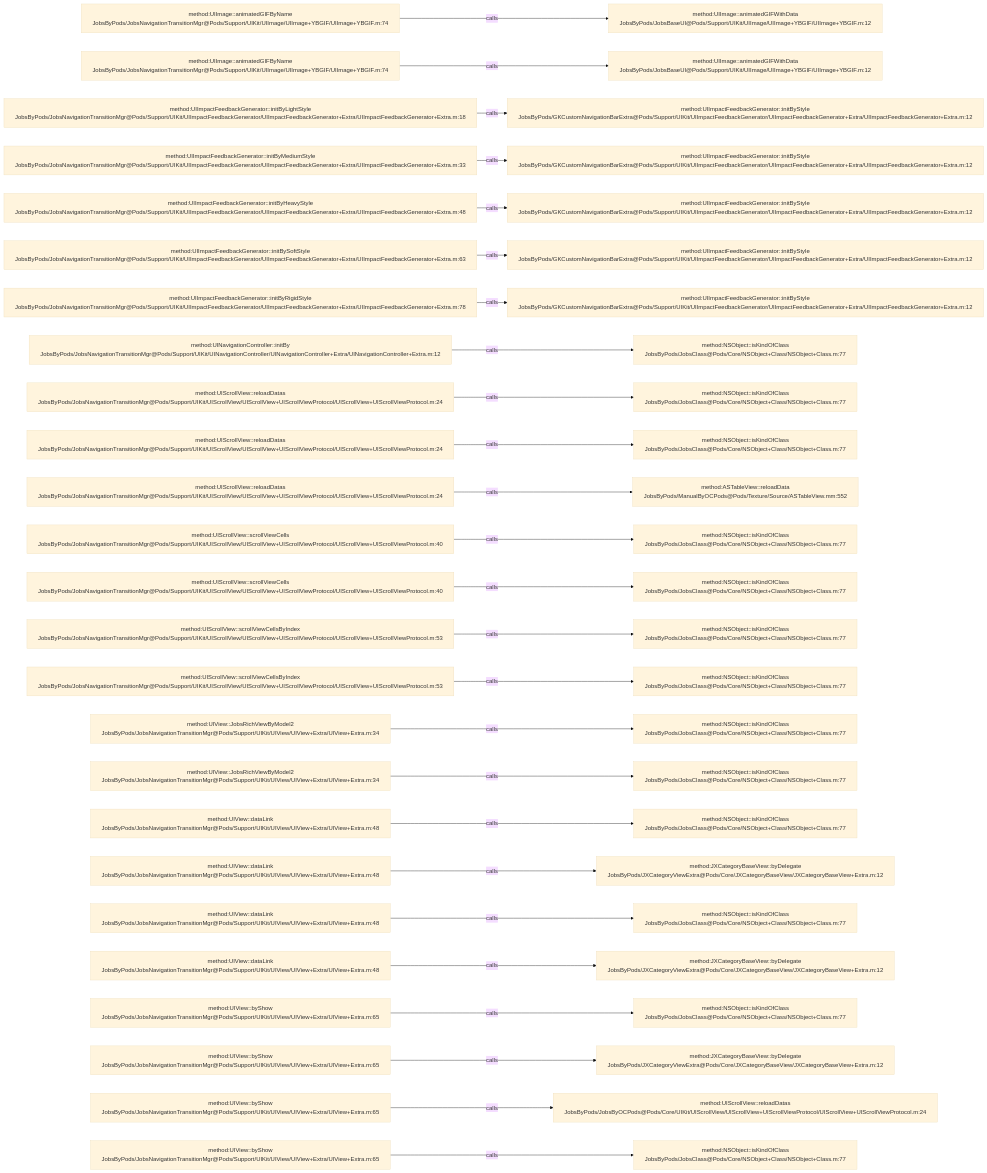
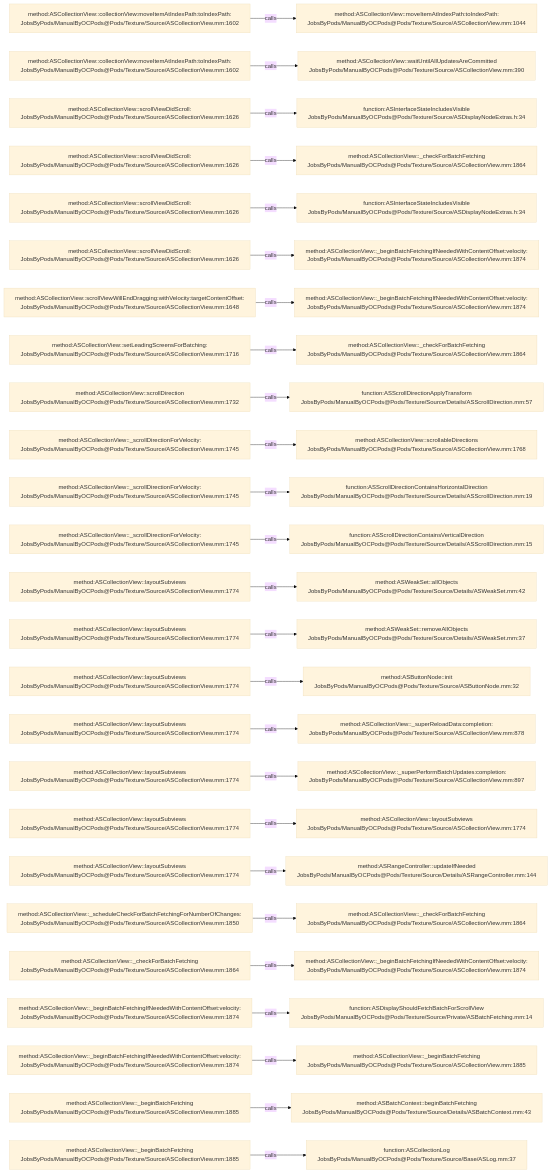
Before and after one commit to JobsKits/JobsOCBaseConfigDemo: the diagram in .codegraph/codegraph.md/graphs/calls-090.md, drawn with Mermaid (base theme). The commit also changed 2162 other files, not shown here.

````diff
--- a/.codegraph/codegraph.md/graphs/calls-090.md
+++ b/.codegraph/codegraph.md/graphs/calls-090.md
@@ -13,78 +13,78 @@
 ```mermaid
 flowchart LR
-  S1["method:UIImage::animatedGIFByName<br/>JobsByPods/JobsNavigationTransitionMgr@Pods/Support/UIKit/UIImage/UIImage+YBGIF/UIImage+YBGIF.m:74"]
-  T1["method:UIImage::animatedGIFWithData<br/>JobsByPods/JobsBaseUI@Pods/Support/UIKit/UIImage/UIImage+YBGIF/UIImage+YBGIF.m:12"]
+  S1["method:ASCollectionView::collectionView:moveItemAtIndexPath:toIndexPath:<br/>JobsByPods/ManualByOCPods@Pods/Texture/Source/ASCollectionView.mm:1602"]
+  T1["method:ASCollectionView::moveItemAtIndexPath:toIndexPath:<br/>JobsByPods/ManualByOCPods@Pods/Texture/Source/ASCollectionView.mm:1044"]
   S1 -->|calls| T1
-  S2["method:UIImage::animatedGIFByName<br/>JobsByPods/JobsNavigationTransitionMgr@Pods/Support/UIKit/UIImage/UIImage+YBGIF/UIImage+YBGIF.m:74"]
-  T2["method:UIImage::animatedGIFWithData<br/>JobsByPods/JobsBaseUI@Pods/Support/UIKit/UIImage/UIImage+YBGIF/UIImage+YBGIF.m:12"]
+  S2["method:ASCollectionView::collectionView:moveItemAtIndexPath:toIndexPath:<br/>JobsByPods/ManualByOCPods@Pods/Texture/Source/ASCollectionView.mm:1602"]
+  T2["method:ASCollectionView::waitUntilAllUpdatesAreCommitted<br/>JobsByPods/ManualByOCPods@Pods/Texture/Source/ASCollectionView.mm:390"]
   S2 -->|calls| T2
-  S3["method:UIImpactFeedbackGenerator::initByLightStyle<br/>JobsByPods/JobsNavigationTransitionMgr@Pods/Support/UIKit/UIImpactFeedbackGenerator/UIImpactFeedbackGenerator+Extra/UIImpactFeedbackGenerator+Extra.m:18"]
-  T3["method:UIImpactFeedbackGenerator::initByStyle<br/>JobsByPods/GKCustomNavigationBarExtra@Pods/Support/UIKit/UIImpactFeedbackGenerator/UIImpactFeedbackGenerator+Extra/UIImpactFeedbackGenerator+Extra.m:12"]
+  S3["method:ASCollectionView::scrollViewDidScroll:<br/>JobsByPods/ManualByOCPods@Pods/Texture/Source/ASCollectionView.mm:1626"]
+  T3["function:ASInterfaceStateIncludesVisible<br/>JobsByPods/ManualByOCPods@Pods/Texture/Source/ASDisplayNodeExtras.h:34"]
   S3 -->|calls| T3
-  S4["method:UIImpactFeedbackGenerator::initByMediumStyle<br/>JobsByPods/JobsNavigationTransitionMgr@Pods/Support/UIKit/UIImpactFeedbackGenerator/UIImpactFeedbackGenerator+Extra/UIImpactFeedbackGenerator+Extra.m:33"]
-  T4["method:UIImpactFeedbackGenerator::initByStyle<br/>JobsByPods/GKCustomNavigationBarExtra@Pods/Support/UIKit/UIImpactFeedbackGenerator/UIImpactFeedbackGenerator+Extra/UIImpactFeedbackGenerator+Extra.m:12"]
+  S4["method:ASCollectionView::scrollViewDidScroll:<br/>JobsByPods/ManualByOCPods@Pods/Texture/Source/ASCollectionView.mm:1626"]
+  T4["method:ASCollectionView::_checkForBatchFetching<br/>JobsByPods/ManualByOCPods@Pods/Texture/Source/ASCollectionView.mm:1864"]
   S4 -->|calls| T4
-  S5["method:UIImpactFeedbackGenerator::initByHeavyStyle<br/>JobsByPods/JobsNavigationTransitionMgr@Pods/Support/UIKit/UIImpactFeedbackGenerator/UIImpactFeedbackGenerator+Extra/UIImpactFeedbackGenerator+Extra.m:48"]
-  T5["method:UIImpactFeedbackGenerator::initByStyle<br/>JobsByPods/GKCustomNavigationBarExtra@Pods/Support/UIKit/UIImpactFeedbackGenerator/UIImpactFeedbackGenerator+Extra/UIImpactFeedbackGenerator+Extra.m:12"]
+  S5["method:ASCollectionView::scrollViewDidScroll:<br/>JobsByPods/ManualByOCPods@Pods/Texture/Source/ASCollectionView.mm:1626"]
+  T5["function:ASInterfaceStateIncludesVisible<br/>JobsByPods/ManualByOCPods@Pods/Texture/Source/ASDisplayNodeExtras.h:34"]
   S5 -->|calls| T5
-  S6["method:UIImpactFeedbackGenerator::initBySoftStyle<br/>JobsByPods/JobsNavigationTransitionMgr@Pods/Support/UIKit/UIImpactFeedbackGenerator/UIImpactFeedbackGenerator+Extra/UIImpactFeedbackGenerator+Extra.m:63"]
-  T6["method:UIImpactFeedbackGenerator::initByStyle<br/>JobsByPods/GKCustomNavigationBarExtra@Pods/Support/UIKit/UIImpactFeedbackGenerator/UIImpactFeedbackGenerator+Extra/UIImpactFeedbackGenerator+Extra.m:12"]
+  S6["method:ASCollectionView::scrollViewDidScroll:<br/>JobsByPods/ManualByOCPods@Pods/Texture/Source/ASCollectionView.mm:1626"]
+  T6["method:ASCollectionView::_beginBatchFetchingIfNeededWithContentOffset:velocity:<br/>JobsByPods/ManualByOCPods@Pods/Texture/Source/ASCollectionView.mm:1874"]
   S6 -->|calls| T6
-  S7["method:UIImpactFeedbackGenerator::initByRigidStyle<br/>JobsByPods/JobsNavigationTransitionMgr@Pods/Support/UIKit/UIImpactFeedbackGenerator/UIImpactFeedbackGenerator+Extra/UIImpactFeedbackGenerator+Extra.m:78"]
-  T7["method:UIImpactFeedbackGenerator::initByStyle<br/>JobsByPods/GKCustomNavigationBarExtra@Pods/Support/UIKit/UIImpactFeedbackGenerator/UIImpactFeedbackGenerator+Extra/UIImpactFeedbackGenerator+Extra.m:12"]
+  S7["method:ASCollectionView::scrollViewWillEndDragging:withVelocity:targetContentOffset:<br/>JobsByPods/ManualByOCPods@Pods/Texture/Source/ASCollectionView.mm:1648"]
+  T7["method:ASCollectionView::_beginBatchFetchingIfNeededWithContentOffset:velocity:<br/>JobsByPods/ManualByOCPods@Pods/Texture/Source/ASCollectionView.mm:1874"]
   S7 -->|calls| T7
-  S8["method:UINavigationController::initBy<br/>JobsByPods/JobsNavigationTransitionMgr@Pods/Support/UIKit/UINavigationController/UINavigationController+Extra/UINavigationController+Extra.m:12"]
-  T8["method:NSObject::isKindOfClass<br/>JobsByPods/JobsClass@Pods/Core/NSObject+Class/NSObject+Class.m:77"]
+  S8["method:ASCollectionView::setLeadingScreensForBatching:<br/>JobsByPods/ManualByOCPods@Pods/Texture/Source/ASCollectionView.mm:1716"]
+  T8["method:ASCollectionView::_checkForBatchFetching<br/>JobsByPods/ManualByOCPods@Pods/Texture/Source/ASCollectionView.mm:1864"]
   S8 -->|calls| T8
-  S9["method:UIScrollView::reloadDatas<br/>JobsByPods/JobsNavigationTransitionMgr@Pods/Support/UIKit/UIScrollView/UIScrollView+UIScrollViewProtocol/UIScrollView+UIScrollViewProtocol.m:24"]
-  T9["method:NSObject::isKindOfClass<br/>JobsByPods/JobsClass@Pods/Core/NSObject+Class/NSObject+Class.m:77"]
+  S9["method:ASCollectionView::scrollDirection<br/>JobsByPods/ManualByOCPods@Pods/Texture/Source/ASCollectionView.mm:1732"]
+  T9["function:ASScrollDirectionApplyTransform<br/>JobsByPods/ManualByOCPods@Pods/Texture/Source/Details/ASScrollDirection.mm:57"]
   S9 -->|calls| T9
-  S10["method:UIScrollView::reloadDatas<br/>JobsByPods/JobsNavigationTransitionMgr@Pods/Support/UIKit/UIScrollView/UIScrollView+UIScrollViewProtocol/UIScrollView+UIScrollViewProtocol.m:24"]
-  T10["method:NSObject::isKindOfClass<br/>JobsByPods/JobsClass@Pods/Core/NSObject+Class/NSObject+Class.m:77"]
+  S10["method:ASCollectionView::_scrollDirectionForVelocity:<br/>JobsByPods/ManualByOCPods@Pods/Texture/Source/ASCollectionView.mm:1745"]
+  T10["method:ASCollectionView::scrollableDirections<br/>JobsByPods/ManualByOCPods@Pods/Texture/Source/ASCollectionView.mm:1768"]
   S10 -->|calls| T10
-  S11["method:UIScrollView::reloadDatas<br/>JobsByPods/JobsNavigationTransitionMgr@Pods/Support/UIKit/UIScrollView/UIScrollView+UIScrollViewProtocol/UIScrollView+UIScrollViewProtocol.m:24"]
-  T11["method:ASTableView::reloadData<br/>JobsByPods/ManualByOCPods@Pods/Texture/Source/ASTableView.mm:552"]
+  S11["method:ASCollectionView::_scrollDirectionForVelocity:<br/>JobsByPods/ManualByOCPods@Pods/Texture/Source/ASCollectionView.mm:1745"]
+  T11["function:ASScrollDirectionContainsHorizontalDirection<br/>JobsByPods/ManualByOCPods@Pods/Texture/Source/Details/ASScrollDirection.mm:19"]
   S11 -->|calls| T11
-  S12["method:UIScrollView::scrollViewCells<br/>JobsByPods/JobsNavigationTransitionMgr@Pods/Support/UIKit/UIScrollView/UIScrollView+UIScrollViewProtocol/UIScrollView+UIScrollViewProtocol.m:40"]
-  T12["method:NSObject::isKindOfClass<br/>JobsByPods/JobsClass@Pods/Core/NSObject+Class/NSObject+Class.m:77"]
+  S12["method:ASCollectionView::_scrollDirectionForVelocity:<br/>JobsByPods/ManualByOCPods@Pods/Texture/Source/ASCollectionView.mm:1745"]
+  T12["function:ASScrollDirectionContainsVerticalDirection<br/>JobsByPods/ManualByOCPods@Pods/Texture/Source/Details/ASScrollDirection.mm:15"]
   S12 -->|calls| T12
-  S13["method:UIScrollView::scrollViewCells<br/>JobsByPods/JobsNavigationTransitionMgr@Pods/Support/UIKit/UIScrollView/UIScrollView+UIScrollViewProtocol/UIScrollView+UIScrollViewProtocol.m:40"]
-  T13["method:NSObject::isKindOfClass<br/>JobsByPods/JobsClass@Pods/Core/NSObject+Class/NSObject+Class.m:77"]
+  S13["method:ASCollectionView::layoutSubviews<br/>JobsByPods/ManualByOCPods@Pods/Texture/Source/ASCollectionView.mm:1774"]
+  T13["method:ASWeakSet::allObjects<br/>JobsByPods/ManualByOCPods@Pods/Texture/Source/Details/ASWeakSet.mm:42"]
   S13 -->|calls| T13
-  S14["method:UIScrollView::scrollViewCellsByIndex<br/>JobsByPods/JobsNavigationTransitionMgr@Pods/Support/UIKit/UIScrollView/UIScrollView+UIScrollViewProtocol/UIScrollView+UIScrollViewProtocol.m:53"]
-  T14["method:NSObject::isKindOfClass<br/>JobsByPods/JobsClass@Pods/Core/NSObject+Class/NSObject+Class.m:77"]
+  S14["method:ASCollectionView::layoutSubviews<br/>JobsByPods/ManualByOCPods@Pods/Texture/Source/ASCollectionView.mm:1774"]
+  T14["method:ASWeakSet::removeAllObjects<br/>JobsByPods/ManualByOCPods@Pods/Texture/Source/Details/ASWeakSet.mm:37"]
   S14 -->|calls| T14
-  S15["method:UIScrollView::scrollViewCellsByIndex<br/>JobsByPods/JobsNavigationTransitionMgr@Pods/Support/UIKit/UIScrollView/UIScrollView+UIScrollViewProtocol/UIScrollView+UIScrollViewProtocol.m:53"]
-  T15["method:NSObject::isKindOfClass<br/>JobsByPods/JobsClass@Pods/Core/NSObject+Class/NSObject+Class.m:77"]
+  S15["method:ASCollectionView::layoutSubviews<br/>JobsByPods/ManualByOCPods@Pods/Texture/Source/ASCollectionView.mm:1774"]
+  T15["method:ASButtonNode::init<br/>JobsByPods/ManualByOCPods@Pods/Texture/Source/ASButtonNode.mm:32"]
   S15 -->|calls| T15
-  S16["method:UIView::JobsRichViewByModel2<br/>JobsByPods/JobsNavigationTransitionMgr@Pods/Support/UIKit/UIView/UIView+Extra/UIView+Extra.m:34"]
-  T16["method:NSObject::isKindOfClass<br/>JobsByPods/JobsClass@Pods/Core/NSObject+Class/NSObject+Class.m:77"]
+  S16["method:ASCollectionView::layoutSubviews<br/>JobsByPods/ManualByOCPods@Pods/Texture/Source/ASCollectionView.mm:1774"]
+  T16["method:ASCollectionView::_superReloadData:completion:<br/>JobsByPods/ManualByOCPods@Pods/Texture/Source/ASCollectionView.mm:878"]
   S16 -->|calls| T16
-  S17["method:UIView::JobsRichViewByModel2<br/>JobsByPods/JobsNavigationTransitionMgr@Pods/Support/UIKit/UIView/UIView+Extra/UIView+Extra.m:34"]
-  T17["method:NSObject::isKindOfClass<br/>JobsByPods/JobsClass@Pods/Core/NSObject+Class/NSObject+Class.m:77"]
+  S17["method:ASCollectionView::layoutSubviews<br/>JobsByPods/ManualByOCPods@Pods/Texture/Source/ASCollectionView.mm:1774"]
+  T17["method:ASCollectionView::_superPerformBatchUpdates:completion:<br/>JobsByPods/ManualByOCPods@Pods/Texture/Source/ASCollectionView.mm:897"]
   S17 -->|calls| T17
-  S18["method:UIView::dataLink<br/>JobsByPods/JobsNavigationTransitionMgr@Pods/Support/UIKit/UIView/UIView+Extra/UIView+Extra.m:48"]
-  T18["method:NSObject::isKindOfClass<br/>JobsByPods/JobsClass@Pods/Core/NSObject+Class/NSObject+Class.m:77"]
+  S18["method:ASCollectionView::layoutSubviews<br/>JobsByPods/ManualByOCPods@Pods/Texture/Source/ASCollectionView.mm:1774"]
+  T18["method:ASCollectionView::layoutSubviews<br/>JobsByPods/ManualByOCPods@Pods/Texture/Source/ASCollectionView.mm:1774"]
   S18 -->|calls| T18
-  S19["method:UIView::dataLink<br/>JobsByPods/JobsNavigationTransitionMgr@Pods/Support/UIKit/UIView/UIView+Extra/UIView+Extra.m:48"]
-  T19["method:JXCategoryBaseView::byDelegate<br/>JobsByPods/JXCategoryViewExtra@Pods/Core/JXCategoryBaseView/JXCategoryBaseView+Extra.m:12"]
+  S19["method:ASCollectionView::layoutSubviews<br/>JobsByPods/ManualByOCPods@Pods/Texture/Source/ASCollectionView.mm:1774"]
+  T19["method:ASRangeController::updateIfNeeded<br/>JobsByPods/ManualByOCPods@Pods/Texture/Source/Details/ASRangeController.mm:144"]
   S19 -->|calls| T19
-  S20["method:UIView::dataLink<br/>JobsByPods/JobsNavigationTransitionMgr@Pods/Support/UIKit/UIView/UIView+Extra/UIView+Extra.m:48"]
-  T20["method:NSObject::isKindOfClass<br/>JobsByPods/JobsClass@Pods/Core/NSObject+Class/NSObject+Class.m:77"]
+  S20["method:ASCollectionView::_scheduleCheckForBatchFetchingForNumberOfChanges:<br/>JobsByPods/ManualByOCPods@Pods/Texture/Source/ASCollectionView.mm:1850"]
+  T20["method:ASCollectionView::_checkForBatchFetching<br/>JobsByPods/ManualByOCPods@Pods/Texture/Source/ASCollectionView.mm:1864"]
   S20 -->|calls| T20
-  S21["method:UIView::dataLink<br/>JobsByPods/JobsNavigationTransitionMgr@Pods/Support/UIKit/UIView/UIView+Extra/UIView+Extra.m:48"]
-  T21["method:JXCategoryBaseView::byDelegate<br/>JobsByPods/JXCategoryViewExtra@Pods/Core/JXCategoryBaseView/JXCategoryBaseView+Extra.m:12"]
+  S21["method:ASCollectionView::_checkForBatchFetching<br/>JobsByPods/ManualByOCPods@Pods/Texture/Source/ASCollectionView.mm:1864"]
+  T21["method:ASCollectionView::_beginBatchFetchingIfNeededWithContentOffset:velocity:<br/>JobsByPods/ManualByOCPods@Pods/Texture/Source/ASCollectionView.mm:1874"]
   S21 -->|calls| T21
-  S22["method:UIView::byShow<br/>JobsByPods/JobsNavigationTransitionMgr@Pods/Support/UIKit/UIView/UIView+Extra/UIView+Extra.m:65"]
-  T22["method:NSObject::isKindOfClass<br/>JobsByPods/JobsClass@Pods/Core/NSObject+Class/NSObject+Class.m:77"]
+  S22["method:ASCollectionView::_beginBatchFetchingIfNeededWithContentOffset:velocity:<br/>JobsByPods/ManualByOCPods@Pods/Texture/Source/ASCollectionView.mm:1874"]
+  T22["function:ASDisplayShouldFetchBatchForScrollView<br/>JobsByPods/ManualByOCPods@Pods/Texture/Source/Private/ASBatchFetching.mm:14"]
   S22 -->|calls| T22
-  S23["method:UIView::byShow<br/>JobsByPods/JobsNavigationTransitionMgr@Pods/Support/UIKit/UIView/UIView+Extra/UIView+Extra.m:65"]
-  T23["method:JXCategoryBaseView::byDelegate<br/>JobsByPods/JXCategoryViewExtra@Pods/Core/JXCategoryBaseView/JXCategoryBaseView+Extra.m:12"]
+  S23["method:ASCollectionView::_beginBatchFetchingIfNeededWithContentOffset:velocity:<br/>JobsByPods/ManualByOCPods@Pods/Texture/Source/ASCollectionView.mm:1874"]
+  T23["method:ASCollectionView::_beginBatchFetching<br/>JobsByPods/ManualByOCPods@Pods/Texture/Source/ASCollectionView.mm:1885"]
   S23 -->|calls| T23
-  S24["method:UIView::byShow<br/>JobsByPods/JobsNavigationTransitionMgr@Pods/Support/UIKit/UIView/UIView+Extra/UIView+Extra.m:65"]
-  T24["method:UIScrollView::reloadDatas<br/>JobsByPods/JobsByOCPods@Pods/Core/UIKit/UIScrollView/UIScrollView+UIScrollViewProtocol/UIScrollView+UIScrollViewProtocol.m:24"]
+  S24["method:ASCollectionView::_beginBatchFetching<br/>JobsByPods/ManualByOCPods@Pods/Texture/Source/ASCollectionView.mm:1885"]
+  T24["method:ASBatchContext::beginBatchFetching<br/>JobsByPods/ManualByOCPods@Pods/Texture/Source/Details/ASBatchContext.mm:43"]
   S24 -->|calls| T24
-  S25["method:UIView::byShow<br/>JobsByPods/JobsNavigationTransitionMgr@Pods/Support/UIKit/UIView/UIView+Extra/UIView+Extra.m:65"]
-  T25["method:NSObject::isKindOfClass<br/>JobsByPods/JobsClass@Pods/Core/NSObject+Class/NSObject+Class.m:77"]
+  S25["method:ASCollectionView::_beginBatchFetching<br/>JobsByPods/ManualByOCPods@Pods/Texture/Source/ASCollectionView.mm:1885"]
+  T25["function:ASCollectionLog<br/>JobsByPods/ManualByOCPods@Pods/Texture/Source/Base/ASLog.mm:37"]
   S25 -->|calls| T25
 ```
````
